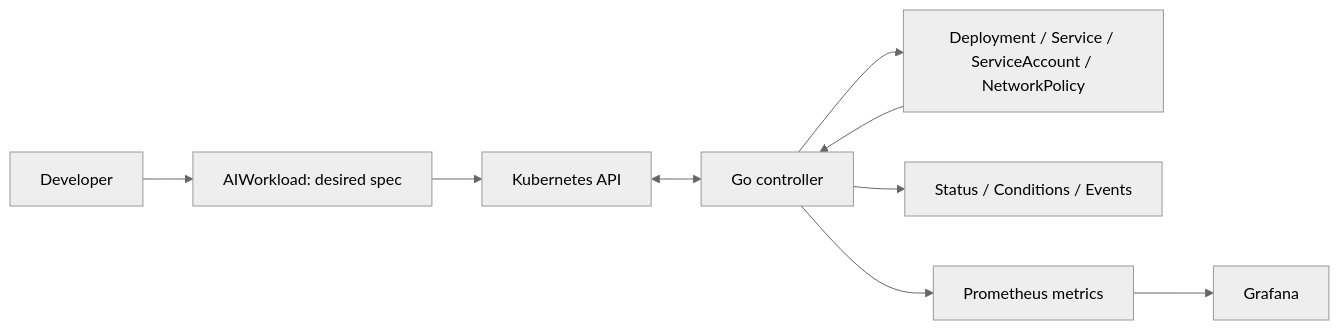
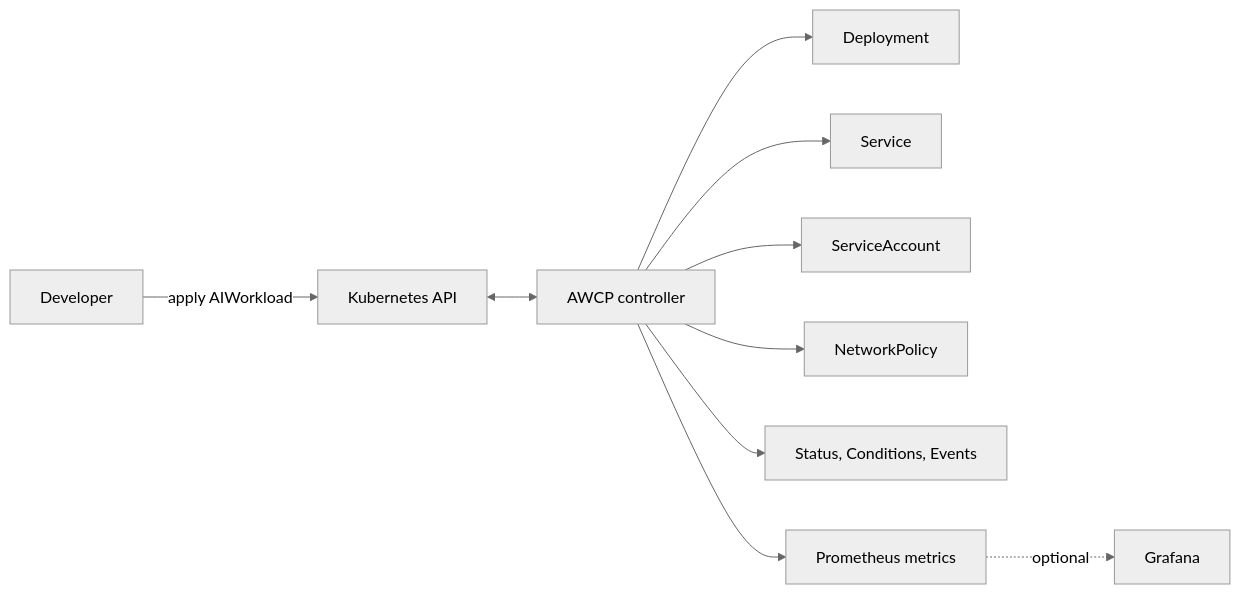
The first of 2 diagrams in README.md (erayyilmmaz/ai-workload-control-plane), drawn with Mermaid (neutral theme) before and after one commit. The commit also changed other lines of this file and 15 other files, not shown here.

````diff
--- a/README.md
+++ b/README.md
@@ -9,11 +26,12 @@
 ```mermaid
 flowchart LR
-  User[Developer] --> CR[AIWorkload: desired spec]
-  CR --> API[Kubernetes API]
-  API <--> Controller[Go controller]
-  Controller --> Children[Deployment / Service / ServiceAccount / NetworkPolicy]
-  Children --> Controller
-  Controller --> Status[Status / Conditions / Events]
+  Developer -->|apply AIWorkload| API[Kubernetes API]
+  API <--> Controller[AWCP controller]
+  Controller --> Deployment
+  Controller --> Service
+  Controller --> ServiceAccount
+  Controller --> NetworkPolicy
+  Controller --> Status[Status, Conditions, Events]
   Controller --> Metrics[Prometheus metrics]
-  Metrics --> Grafana[Grafana]
+  Metrics -. optional .-> Grafana[Grafana]
 ```
````
